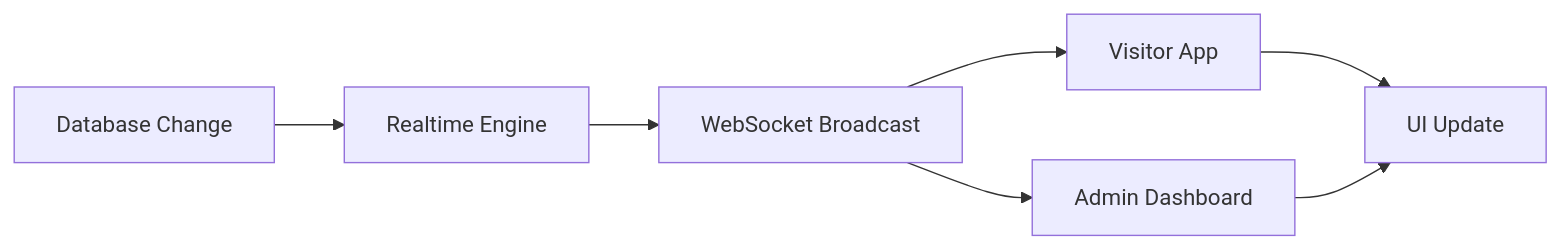
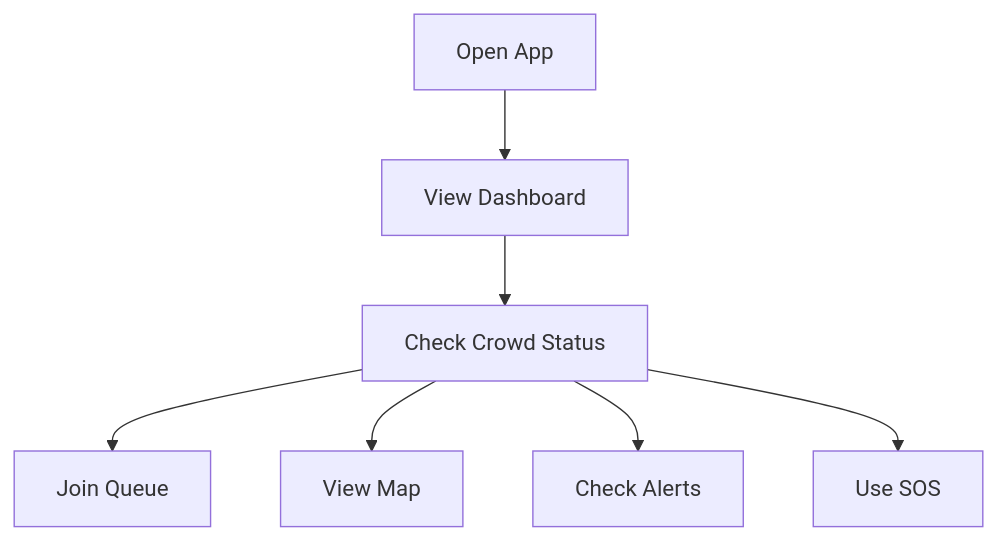
The tenth of 13 diagrams in README.md (vanshrajputcodes/Flowsense), drawn with Mermaid before and after one commit. The commit also changed other lines of this file, not shown here.

````diff
--- a/README.md
+++ b/README.md
@@ -149,11 +188,10 @@
 ```mermaid
-flowchart LR
-    A[Database Change] --> B[Realtime Engine]
-    B --> C[WebSocket Broadcast]
+flowchart TD
+    A[Open App] --> B[View Dashboard]
+    B --> C[Check Crowd Status]
 
-    C --> D[Visitor App]
-    C --> E[Admin Dashboard]
-
-    D --> F[UI Update]
-    E --> F
+    C --> D[Join Queue]
+    C --> E[View Map]
+    C --> F[Check Alerts]
+    C --> G[Use SOS]
 ```
````
